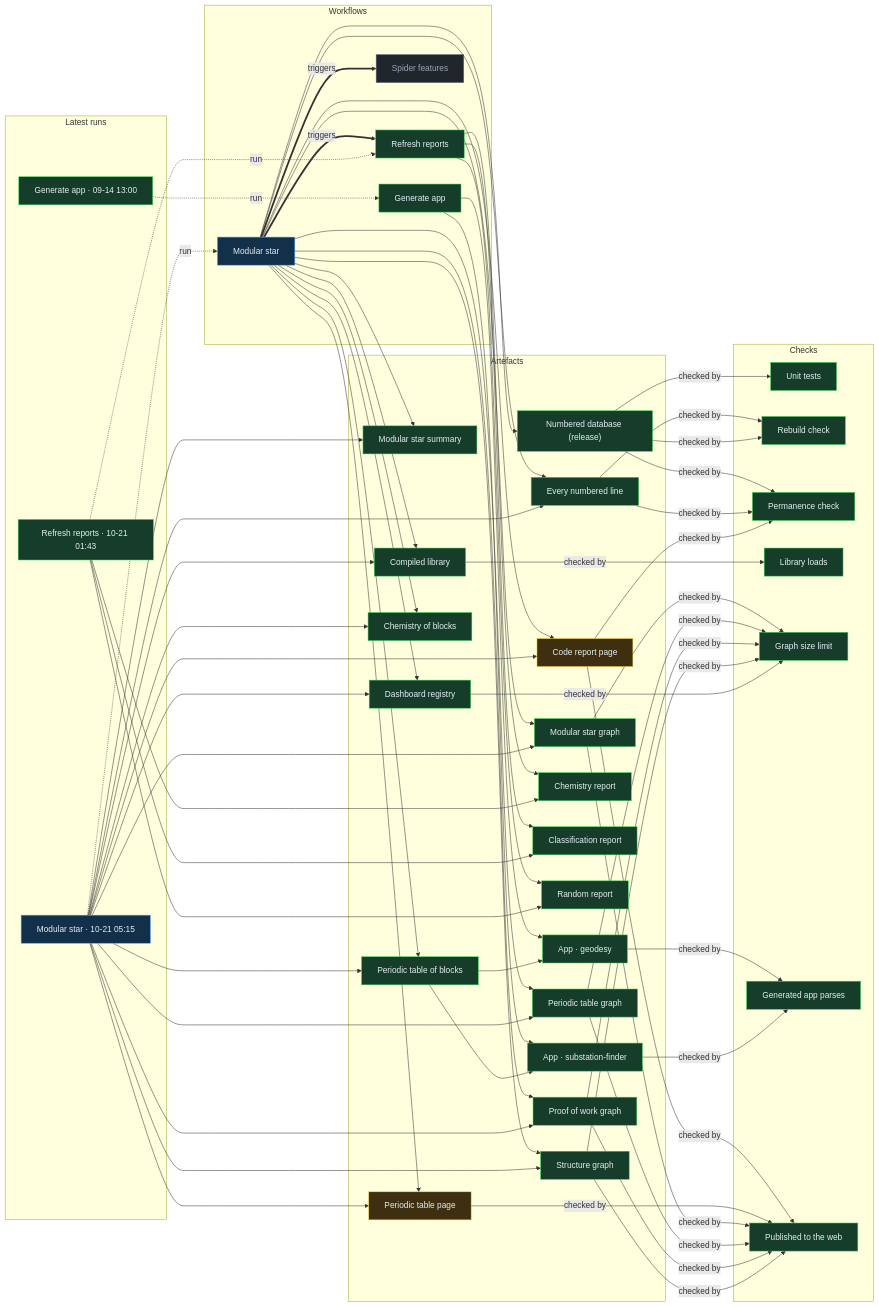
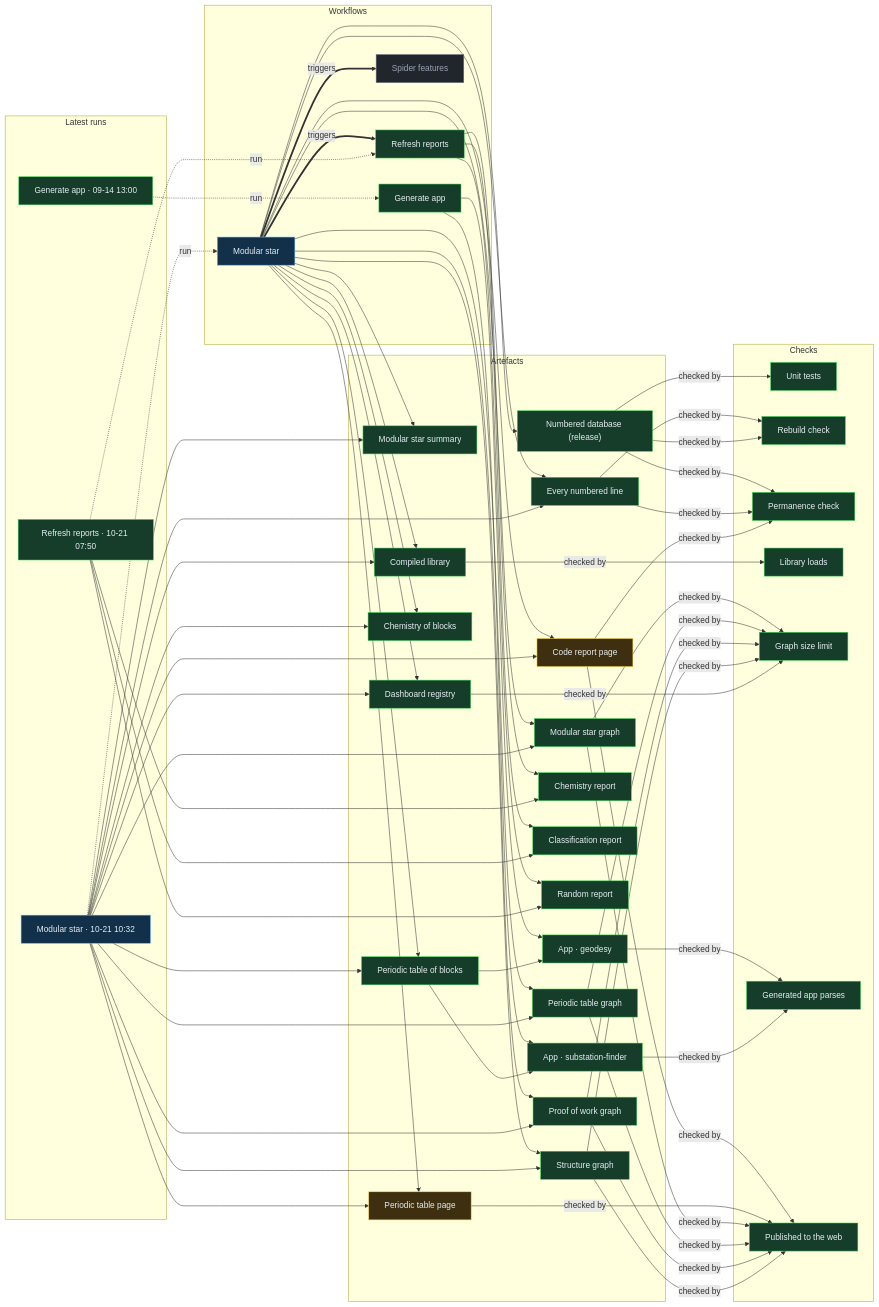
One commit to Ventusltd/stars changed the diagram in proof/PROOF.md. Above: the diagram before and after it, drawn with Mermaid. The commit also changed other lines of this file and 35 other files, not shown here.

Commit message:
Modular star 2026-10-21T10:35Z

```diff
--- a/proof/PROOF.md
+++ b/proof/PROOF.md
@@ -24,8 +24,8 @@
   n_wf_spider_features["Spider features"]:::off
   end
   subgraph g_runs["Latest runs"]
-  n_run_39548518742["Modular star · 10-21 05:15"]:::live
-  n_run_39529010364["Refresh reports · 10-21 01:43"]:::ok
+  n_run_39585385093["Modular star · 10-21 10:32"]:::live
+  n_run_39564778506["Refresh reports · 10-21 07:50"]:::ok
   n_run_34846587798["Generate app · 09-14 13:00"]:::ok
   end
   subgraph g_artefacts["Artefacts"]
@@ -59,39 +59,39 @@
   end
   n_wf_modular_star == triggers ==> n_wf_refresh
   n_wf_modular_star == triggers ==> n_wf_spider_features
-  n_run_39548518742 -. run .-> n_wf_modular_star
-  n_run_39529010364 -. run .-> n_wf_refresh
+  n_run_39585385093 -. run .-> n_wf_modular_star
+  n_run_39564778506 -. run .-> n_wf_refresh
   n_run_34846587798 -. run .-> n_wf_generate
   n_wf_modular_star --> n_art_summary
-  n_run_39548518742 --> n_art_summary
+  n_run_39585385093 --> n_art_summary
   n_wf_modular_star --> n_art_lines
-  n_run_39548518742 --> n_art_lines
+  n_run_39585385093 --> n_art_lines
   n_wf_modular_star --> n_art_code
-  n_run_39548518742 --> n_art_code
+  n_run_39585385093 --> n_art_code
   n_wf_modular_star --> n_art_modular_graph
-  n_run_39548518742 --> n_art_modular_graph
+  n_run_39585385093 --> n_art_modular_graph
   n_wf_modular_star --> n_art_blocks
-  n_run_39548518742 --> n_art_blocks
+  n_run_39585385093 --> n_art_blocks
   n_wf_modular_star --> n_art_table
-  n_run_39548518742 --> n_art_table
+  n_run_39585385093 --> n_art_table
   n_wf_modular_star --> n_art_blocks_graph
-  n_run_39548518742 --> n_art_blocks_graph
+  n_run_39585385093 --> n_art_blocks_graph
   n_wf_modular_star --> n_art_reactions
-  n_run_39548518742 --> n_art_reactions
+  n_run_39585385093 --> n_art_reactions
   n_wf_modular_star --> n_art_library
-  n_run_39548518742 --> n_art_library
+  n_run_39585385093 --> n_art_library
   n_wf_modular_star --> n_art_features
-  n_run_39548518742 --> n_art_features
+  n_run_39585385093 --> n_art_features
   n_wf_modular_star --> n_art_proof
-  n_run_39548518742 --> n_art_proof
+  n_run_39585385093 --> n_art_proof
   n_wf_modular_star --> n_art_structure
-  n_run_39548518742 --> n_art_structure
+  n_run_39585385093 --> n_art_structure
   n_wf_refresh --> n_art_chemistry
-  n_run_39529010364 --> n_art_chemistry
+  n_run_39564778506 --> n_art_chemistry
   n_wf_refresh --> n_art_vedic
-  n_run_39529010364 --> n_art_vedic
+  n_run_39564778506 --> n_art_vedic
   n_wf_refresh --> n_art_random
-  n_run_39529010364 --> n_art_random
+  n_run_39564778506 --> n_art_random
   n_wf_modular_star --> n_art_release
   n_wf_generate --> n_app_geodesy
   n_art_blocks --> n_app_geodesy
```
